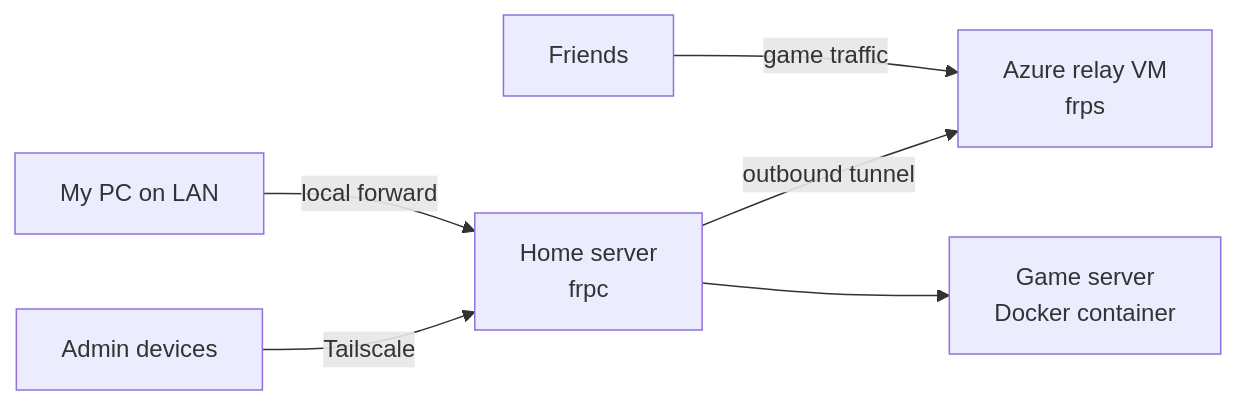
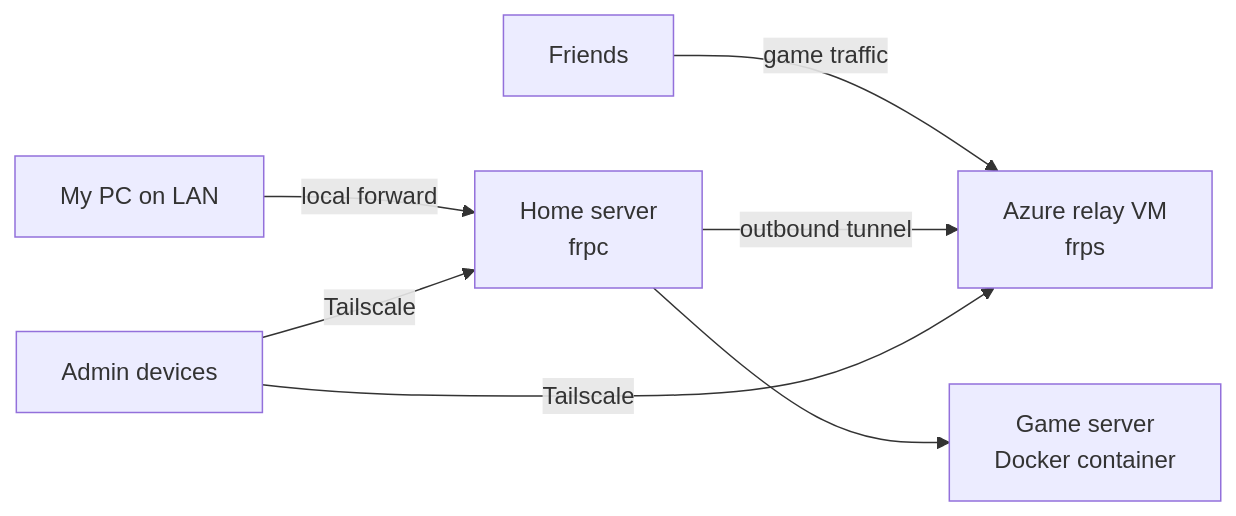
Before and after one commit to Fujiken1/homelab-portfolio: the diagram in README.md, drawn with Mermaid. The commit also changed other lines of this file, not shown here.

````diff
--- a/README.md
+++ b/README.md
@@ -18,8 +18,9 @@
 ```mermaid
 flowchart LR
     F[Friends] -->|game traffic| R[Azure relay VM<br/>frps]
     H[Home server<br/>frpc] -->|outbound tunnel| R
     L[My PC on LAN] -->|local forward| H
     A[Admin devices] -->|Tailscale| H
+    A -->|Tailscale| R
     H --> C[Game server<br/>Docker container]
 ```
````
